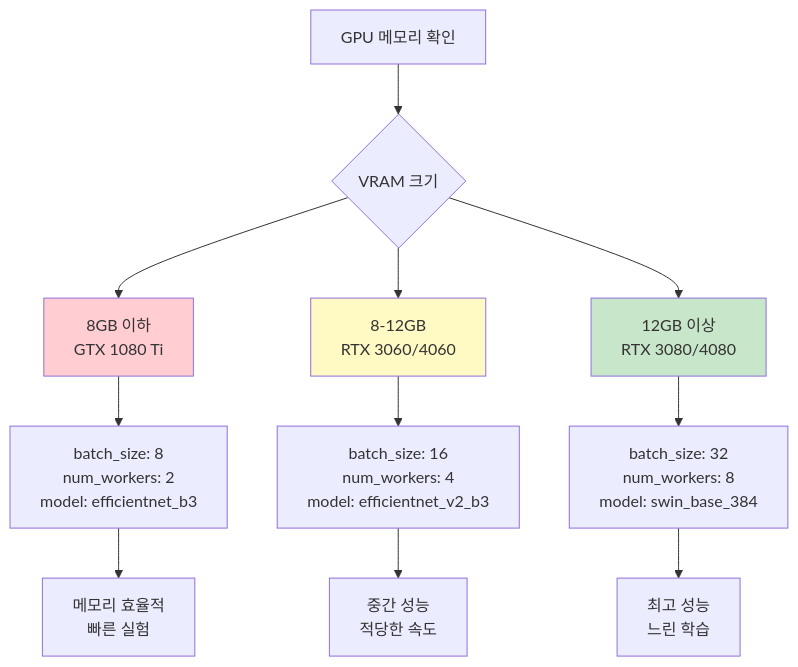
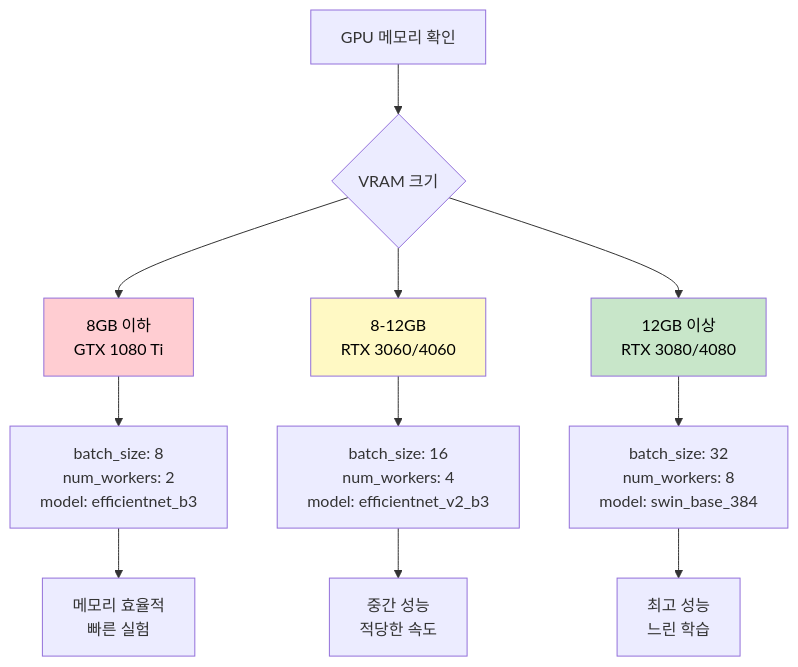
Before and after one commit to nimnusmik/CV_documents_classification_competition: diagram 12 of 14 in docs/모델/모델_설정_가이드.md, drawn with Mermaid. The commit also changed other lines of this file and 11 other files, not shown here.

Commit message:
docs: mermaid 글자 색상 명확한 검정색으로 수정

````diff
--- a/docs/모델/모델_설정_가이드.md
+++ b/docs/모델/모델_설정_가이드.md
@@ -883,22 +883,22 @@
 ```mermaid
 graph TD
     A[GPU 메모리 확인] --> B{VRAM 크기}
     
     B --> C[8GB 이하<br/>GTX 1080 Ti]
     B --> D[8-12GB<br/>RTX 3060/4060] 
     B --> E[12GB 이상<br/>RTX 3080/4080]
     
     C --> F[batch_size: 8<br/>num_workers: 2<br/>model: efficientnet_b3]
     
     D --> G[batch_size: 16<br/>num_workers: 4<br/>model: efficientnet_v2_b3]
     
     E --> H[batch_size: 32<br/>num_workers: 8<br/>model: swin_base_384]
     
     F --> I[메모리 효율적<br/>빠른 실험]
     G --> J[중간 성능<br/>적당한 속도]
     H --> K[최고 성능<br/>느린 학습]
     
-    style C fill:#ffcdd2
-    style D fill:#fff9c4
-    style E fill:#c8e6c9
+    style C fill:#ffcdd2, color:#000000
+    style D fill:#fff9c4, color:#000000
+    style E fill:#c8e6c9, color:#000000
 ```
````
